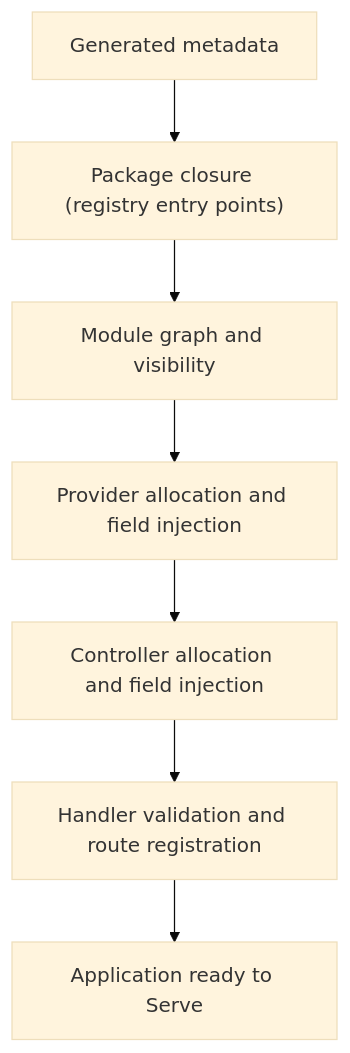
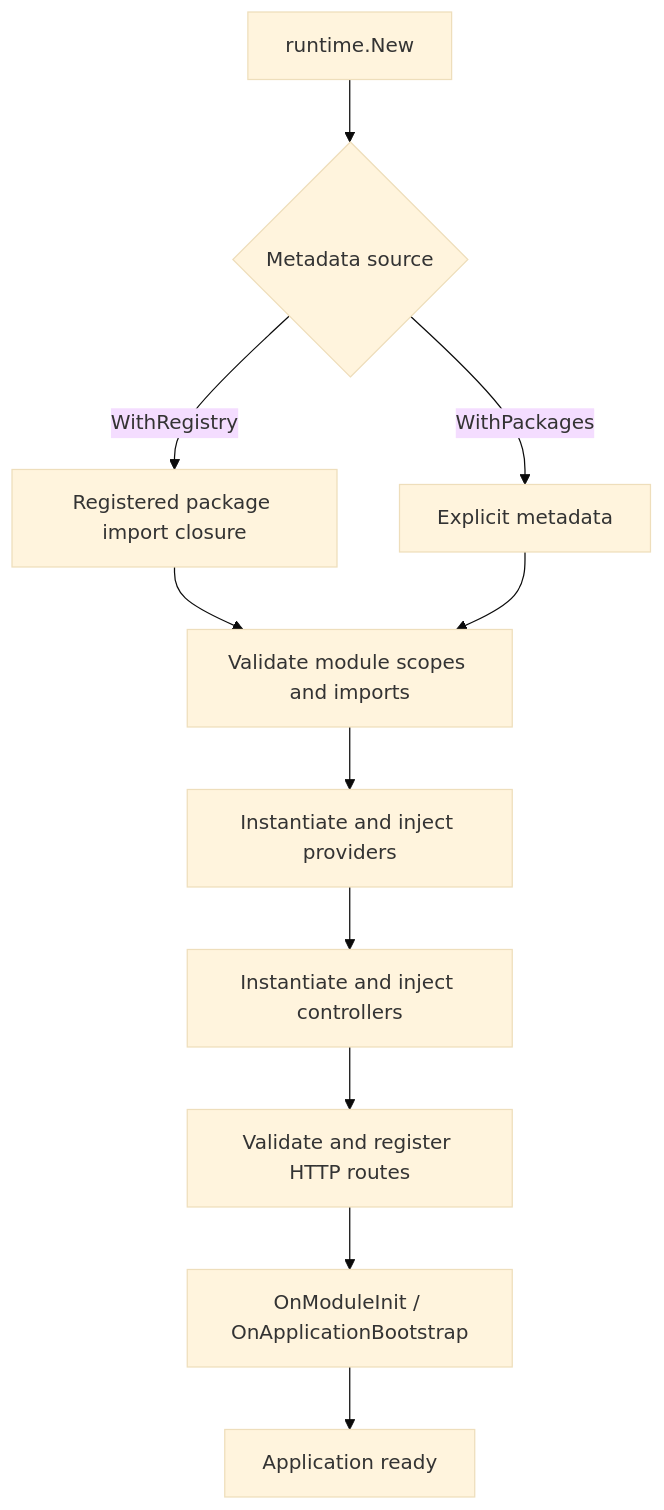
One commit to kevenmiano/nestgo changed the diagram in docs/RUNTIME.md. Above: the diagram before and after it, drawn with Mermaid (base theme). The commit also changed other lines of this file and 2 other files, not shown here.

Commit message:
docs(runtime): describe sole application factory, native HTTP adapters and logging options

````diff
--- a/docs/RUNTIME.md
+++ b/docs/RUNTIME.md
@@ -18,9 +30,13 @@
 ```mermaid
 flowchart TD
-  R["Generated metadata"] --> P["Package closure (registry entry points)"]
-  P --> V["Module graph and visibility"]
-  V --> I["Provider allocation and field injection"]
-  I --> C["Controller allocation and field injection"]
-  C --> H["Handler validation and route registration"]
-  H --> S["Application ready to Serve"]
+  New["runtime.New"] --> Packages{"Metadata source"}
+  Packages -->|"WithRegistry"| Closure["Registered package import closure"]
+  Packages -->|"WithPackages"| Direct["Explicit metadata"]
+  Closure --> Graph["Validate module scopes and imports"]
+  Direct --> Graph
+  Graph --> Providers["Instantiate and inject providers"]
+  Providers --> Controllers["Instantiate and inject controllers"]
+  Controllers --> Routes["Validate and register HTTP routes"]
+  Routes --> Hooks["OnModuleInit / OnApplicationBootstrap"]
+  Hooks --> Application["Application ready"]
 ```
````
